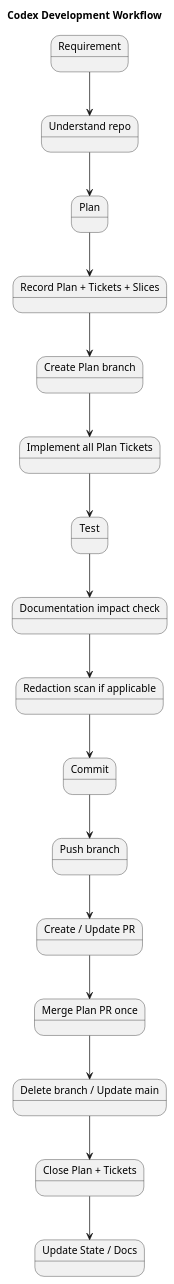
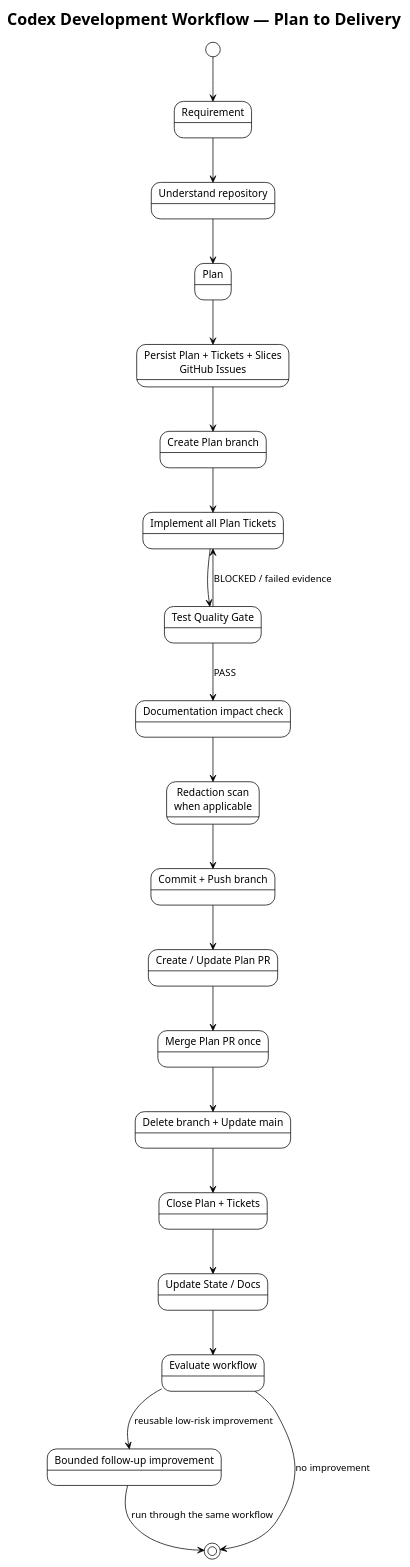
One commit to i-zrhe2016/codex-development-workflow changed the diagram in docs/diagrams/architecture.puml. Above: the diagram before and after it, drawn with PlantUML. The commit also changed 30 other files, not shown here.

First line of the commit message:
Normalize diagrams and documentation with PlantUML (#150)

```diff
--- a/docs/diagrams/architecture.puml
+++ b/docs/diagrams/architecture.puml
@@ -1,36 +1,47 @@
 @startuml
-title Codex Development Workflow
+!theme plain
+top to bottom direction
+skinparam shadowing false
+skinparam defaultFontName Arial
 
-state Requirement
-state "Understand repo" as Understand
-state Plan
-state "Record Plan + Tickets + Slices" as Issues
+title Codex Development Workflow — Plan to Delivery
+
+state "Requirement" as Requirement
+state "Understand repository" as Understand
+state "Plan" as Plan
+state "Persist Plan + Tickets + Slices\nGitHub Issues" as Issues
 state "Create Plan branch" as Branch
 state "Implement all Plan Tickets" as Implement
-state Test
+state "Test Quality Gate" as Test
 state "Documentation impact check" as Docs
-state "Redaction scan if applicable" as Redact
-state Commit
-state "Push branch" as Push
-state "Create / Update PR" as PR
+state "Redaction scan\nwhen applicable" as Redact
+state "Commit + Push branch" as Publish
+state "Create / Update Plan PR" as PR
 state "Merge Plan PR once" as Merge
-state "Delete branch / Update main" as Cleanup
+state "Delete branch + Update main" as Cleanup
 state "Close Plan + Tickets" as Close
 state "Update State / Docs" as State
+state "Evaluate workflow" as Evaluate
+state "Bounded follow-up improvement" as Improve
 
+[*] --> Requirement
 Requirement --> Understand
 Understand --> Plan
 Plan --> Issues
 Issues --> Branch
 Branch --> Implement
 Implement --> Test
-Test --> Docs
+Test --> Implement : BLOCKED / failed evidence
+Test --> Docs : PASS
 Docs --> Redact
-Redact --> Commit
-Commit --> Push
-Push --> PR
+Redact --> Publish
+Publish --> PR
 PR --> Merge
 Merge --> Cleanup
 Cleanup --> Close
 Close --> State
+State --> Evaluate
+Evaluate --> Improve : reusable low-risk improvement
+Improve --> [*] : run through the same workflow
+Evaluate --> [*] : no improvement
 @enduml
```
